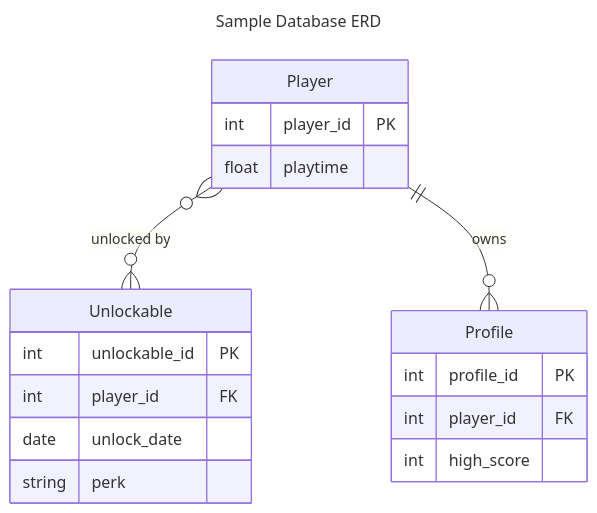
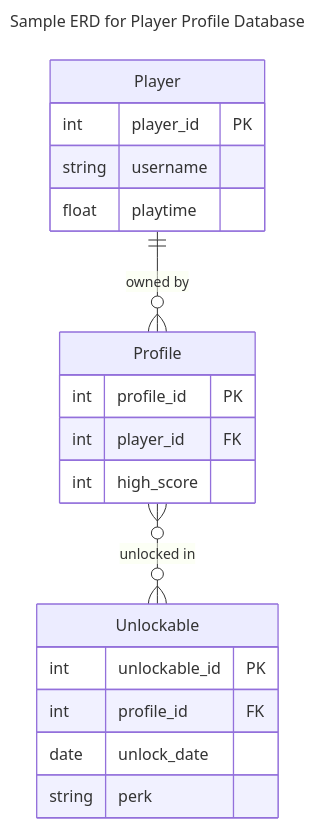
Before and after one commit to AlexanderMartens/asteroids-web-app: the second of 2 diagrams in README.md, drawn with Mermaid. The commit also changed other lines of this file, not shown here.

Commit message:
fixed tech stack not displaying properly

````diff
--- a/README.md
+++ b/README.md
@@ -51,26 +51,27 @@
 ```mermaid
 ---
-title: Sample Database ERD
+title: Sample ERD for Player Profile Database
 ---
 erDiagram
-    Player }o--o{ Unlockable : "unlocked by"
-	Player ||--o{ Profile : "owns"
+	Player ||--o{ Profile : "owned by"
+    Profile }o--o{ Unlockable : "unlocked in"
 
     Player {
         int player_id PK
+        string username
         float playtime
     }
 	
 	Profile {
 		int profile_id PK
 		int player_id FK
 		int high_score
 	}
 
     Unlockable {
         int unlockable_id PK
-        int player_id FK
+        int profile_id FK
         date unlock_date
         string perk
     }
 ```
````
